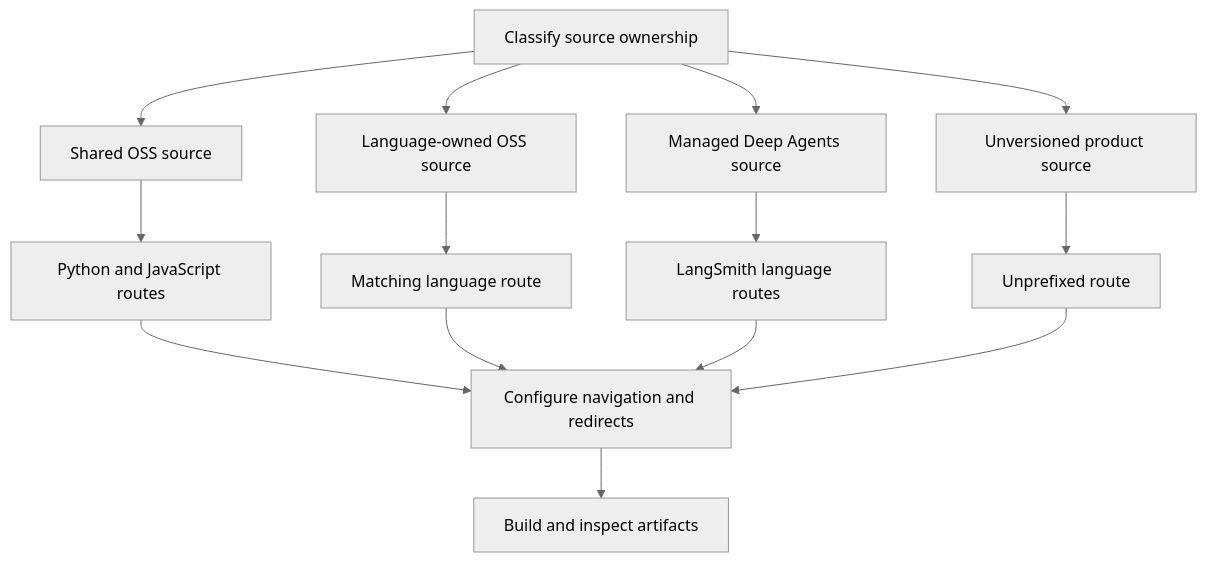
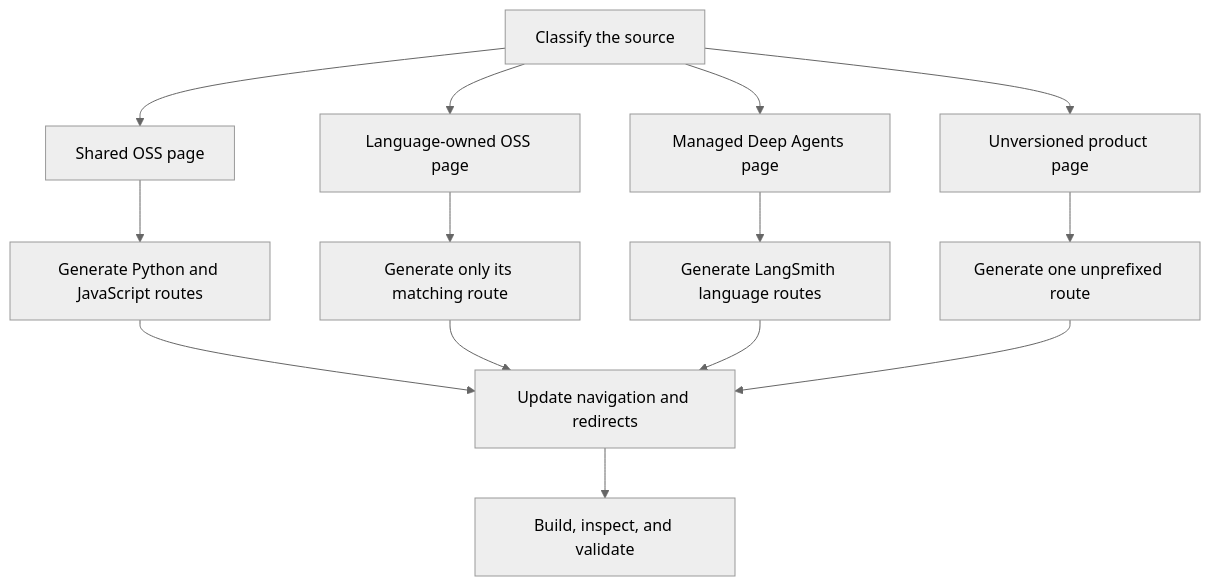
One commit to langchain-ai/docs changed the diagram in openwiki/workflows/versioned-content.md. Above: the diagram before and after it, drawn with Mermaid (neutral theme). The commit also changed other lines of this file and 20 other files, not shown here.

````diff
--- a/openwiki/workflows/versioned-content.md
+++ b/openwiki/workflows/versioned-content.md
@@ -37,16 +45,16 @@
 ```mermaid
 flowchart TD
-    Start["Classify source ownership"] --> Shared["Shared OSS source"]
-    Start --> Owned["Language-owned OSS source"]
-    Start --> Managed["Managed Deep Agents source"]
-    Start --> Product["Unversioned product source"]
-    Shared --> Dual["Python and JavaScript routes"]
-    Owned --> Single["Matching language route"]
-    Managed --> ManagedDual["LangSmith language routes"]
-    Product --> Plain["Unprefixed route"]
-    Dual --> Configure["Configure navigation and redirects"]
-    Single --> Configure
-    ManagedDual --> Configure
-    Plain --> Configure
-    Configure --> Verify["Build and inspect artifacts"]
+    Start["Classify the source"] --> Shared["Shared OSS page"]
+    Start --> Owned["Language-owned OSS page"]
+    Start --> Managed["Managed Deep Agents page"]
+    Start --> Plain["Unversioned product page"]
+    Shared --> Dual["Generate Python and JavaScript routes"]
+    Owned --> One["Generate only its matching route"]
+    Managed --> ManagedDual["Generate LangSmith language routes"]
+    Plain --> PlainRoute["Generate one unprefixed route"]
+    Dual --> Nav["Update navigation and redirects"]
+    One --> Nav
+    ManagedDual --> Nav
+    PlainRoute --> Nav
+    Nav --> Check["Build, inspect, and validate"]
 ```
````
